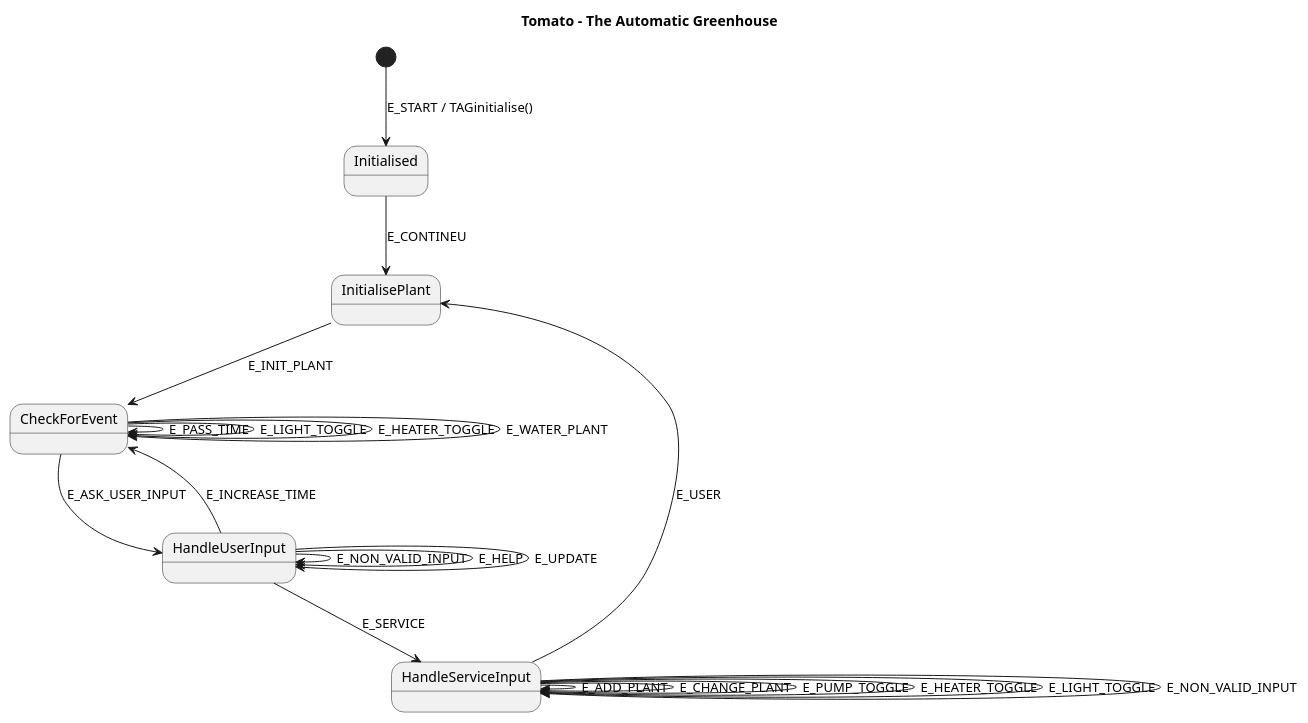
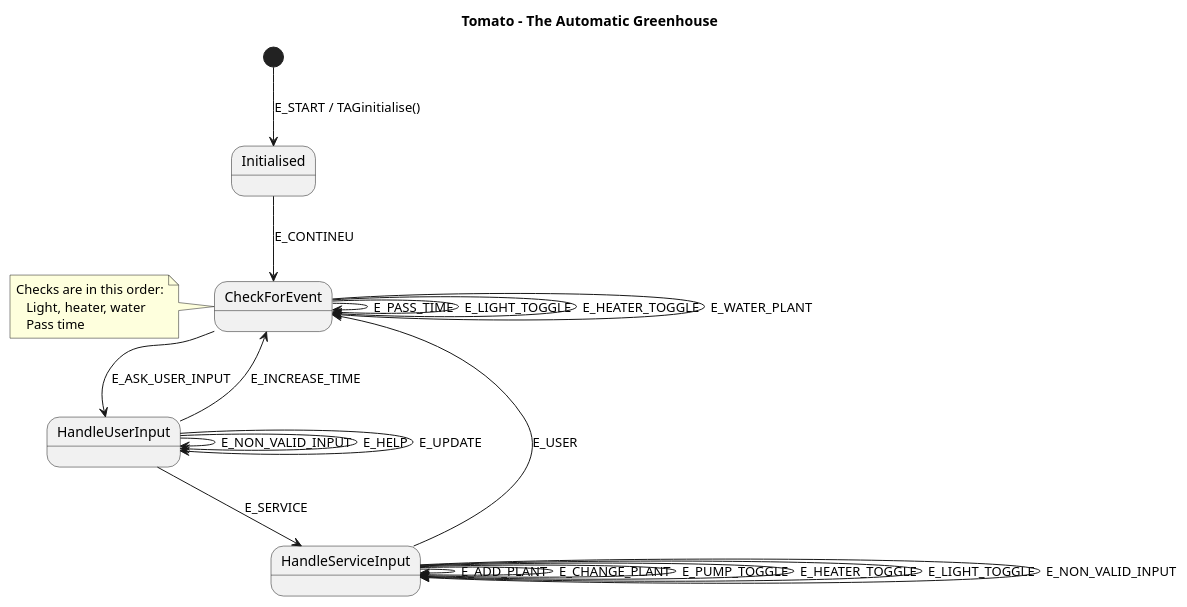
Before and after one commit to r1r3nn3/Tomato: the diagram in Tomato_UML/Tomato UML.puml, drawn with PlantUML. The commit also changed 8 other files, not shown here.

Commit message:
added changes in UML diagram. Wasn't recognised als a change...

```diff
--- a/Tomato_UML/Tomato UML.puml
+++ b/Tomato_UML/Tomato UML.puml
@@ -1,29 +1,35 @@
 @startuml
 
 title Tomato - The Automatic Greenhouse
 
 [*] --> Initialised : E_START / TAGinitialise()
-Initialised --> InitialisePlant : E_CONTINEU
-InitialisePlant --> CheckForEvent : E_INIT_PLANT
+Initialised --> CheckForEvent : E_CONTINEU
 
 CheckForEvent --> CheckForEvent : E_PASS_TIME
 CheckForEvent --> CheckForEvent : E_LIGHT_TOGGLE
 CheckForEvent --> CheckForEvent : E_HEATER_TOGGLE
 CheckForEvent --> CheckForEvent : E_WATER_PLANT
 CheckForEvent --> HandleUserInput : E_ASK_USER_INPUT
 
 HandleUserInput --> HandleUserInput : E_NON_VALID_INPUT
 HandleUserInput --> HandleUserInput : E_HELP
 HandleUserInput --> HandleUserInput : E_UPDATE
 HandleUserInput --> CheckForEvent : E_INCREASE_TIME
 HandleUserInput --> HandleServiceInput : E_SERVICE
 
 HandleServiceInput --> HandleServiceInput : E_ADD_PLANT
 HandleServiceInput --> HandleServiceInput : E_CHANGE_PLANT
 HandleServiceInput --> HandleServiceInput : E_PUMP_TOGGLE
 HandleServiceInput --> HandleServiceInput : E_HEATER_TOGGLE
 HandleServiceInput --> HandleServiceInput : E_LIGHT_TOGGLE
 HandleServiceInput --> HandleServiceInput : E_NON_VALID_INPUT
-HandleServiceInput --> InitialisePlant : E_USER
+HandleServiceInput --> CheckForEvent : E_USER
+
+
+note left of CheckForEvent
+	Checks are in this order:
+    Light, heater, water
+    Pass time
+end note
 
 @enduml
```
